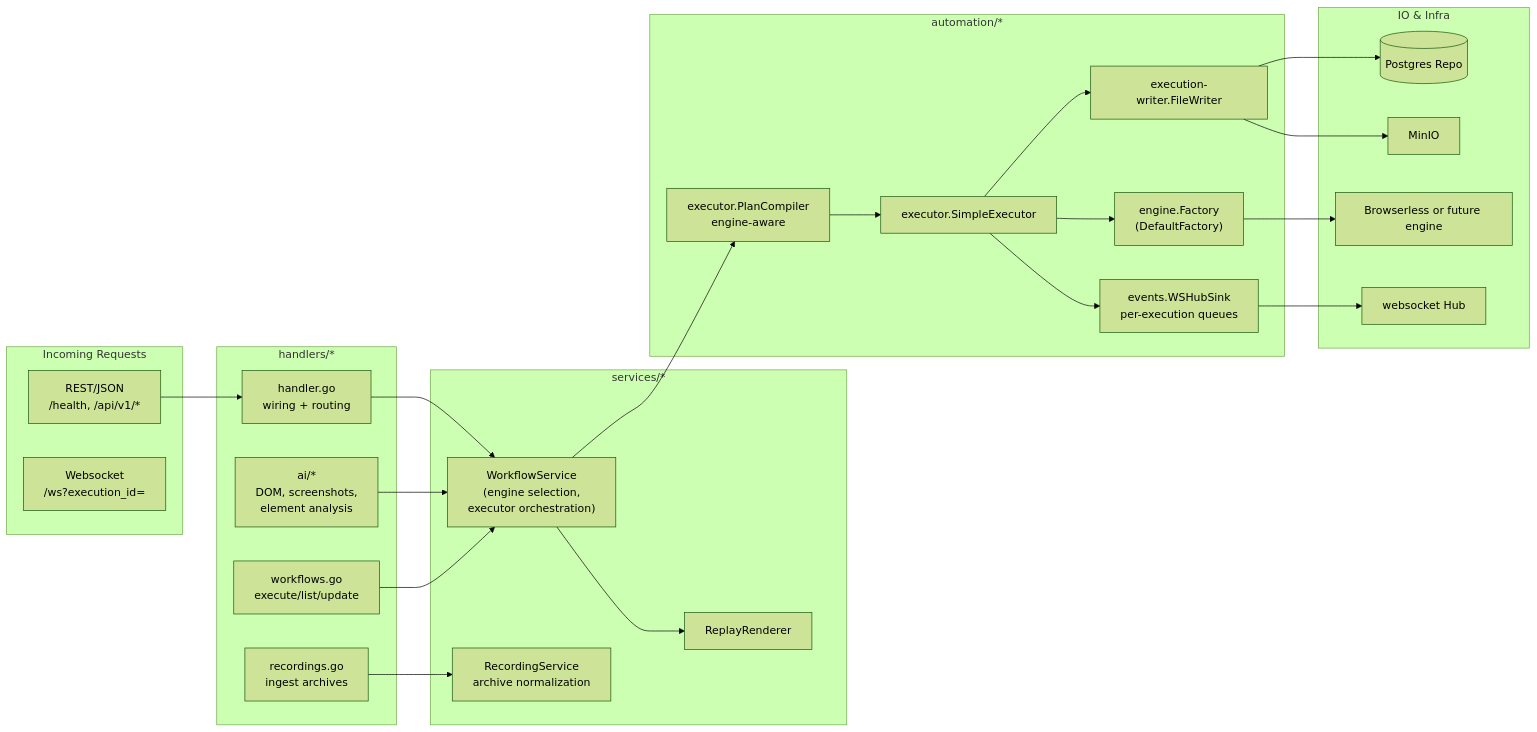
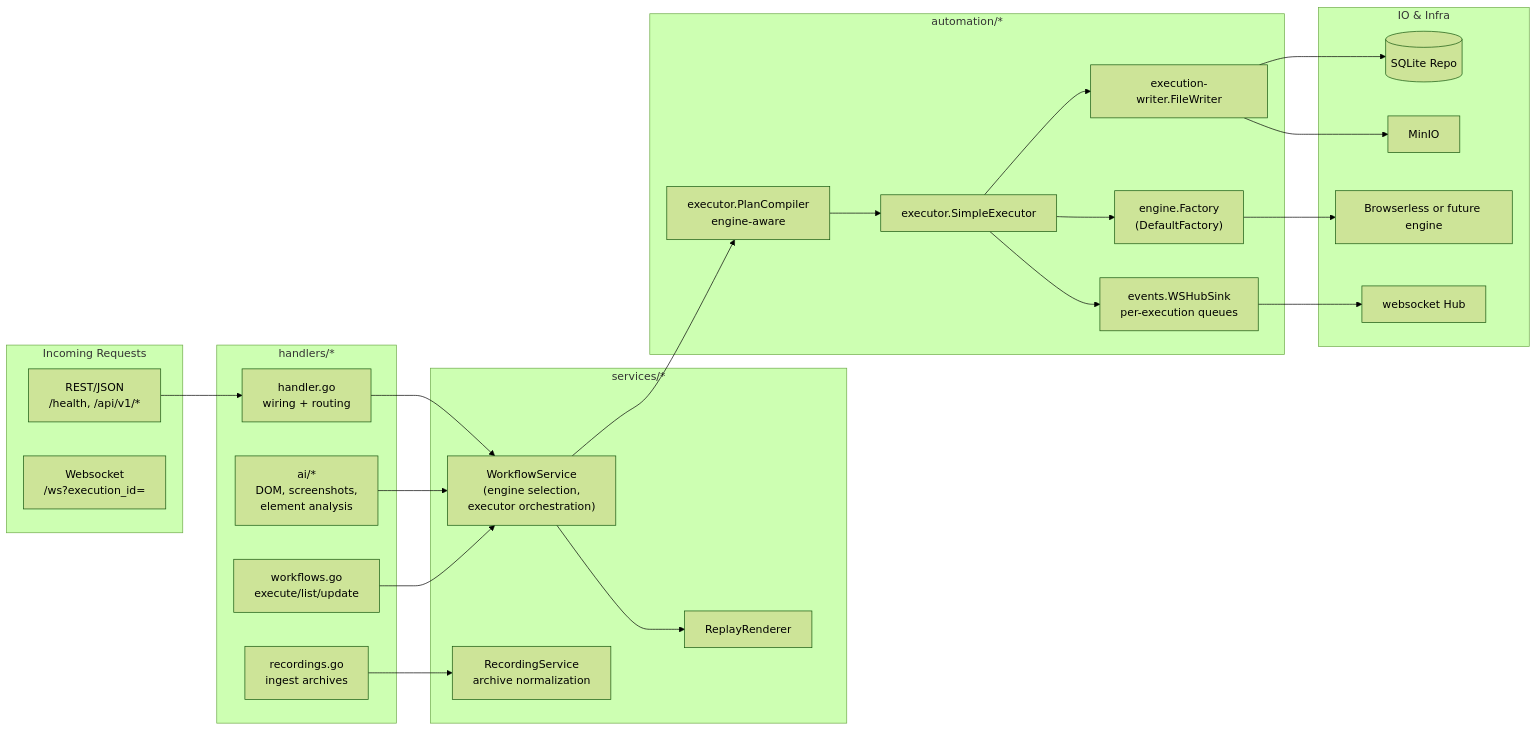
Before and after one commit to Vrooli/Vrooli: the diagram in scenarios/browser-automation-studio/api/handlers/README.md, drawn with Mermaid (forest theme). The commit also changed 1126 other files, not shown here.

````diff
--- a/scenarios/browser-automation-studio/api/handlers/README.md
+++ b/scenarios/browser-automation-studio/api/handlers/README.md
@@ -5,46 +5,46 @@
 ```mermaid
 flowchart LR
     subgraph Entry["Incoming Requests"]
         REST["REST/JSON\n/health, /api/v1/*"]
         WS["Websocket\n/ws?execution_id=<id>"]
     end
 
     subgraph Handlers["handlers/*"]
         H["handler.go\nwiring + routing"]
         AIH["ai/*\nDOM, screenshots,\nelement analysis"]
         WF["workflows.go\nexecute/list/update"]
         REC["recordings.go\ningest archives"]
     end
 
     subgraph Services["services/*"]
         WSVC["WorkflowService\n(engine selection,\nexecutor orchestration)"]
         RSVC["RecordingService\narchive normalization"]
         RENDER["ReplayRenderer"]
     end
 
     subgraph Automation["automation/*"]
         PLAN["executor.PlanCompiler\nengine-aware"]
         EXEC["executor.SimpleExecutor"]
         ENG["engine.Factory\n(DefaultFactory)"]
         RECORDER["execution-writer.FileWriter"]
         EVENTS["events.WSHubSink\nper-execution queues"]
     end
 
     subgraph IO["IO & Infra"]
-        DB[(Postgres Repo)]
+        DB[(SQLite Repo)]
         MINIO["MinIO"]
         BROW["Browserless or future engine"]
         HUB["websocket Hub"]
     end
 
     REST --> H --> WSVC
     AIH --> WSVC
     WF --> WSVC
     REC --> RSVC
     WSVC --> PLAN --> EXEC
     EXEC --> ENG --> BROW
     EXEC --> RECORDER --> DB
     EXEC --> EVENTS --> HUB
     RECORDER --> MINIO
     WSVC --> RENDER
 ```
````
